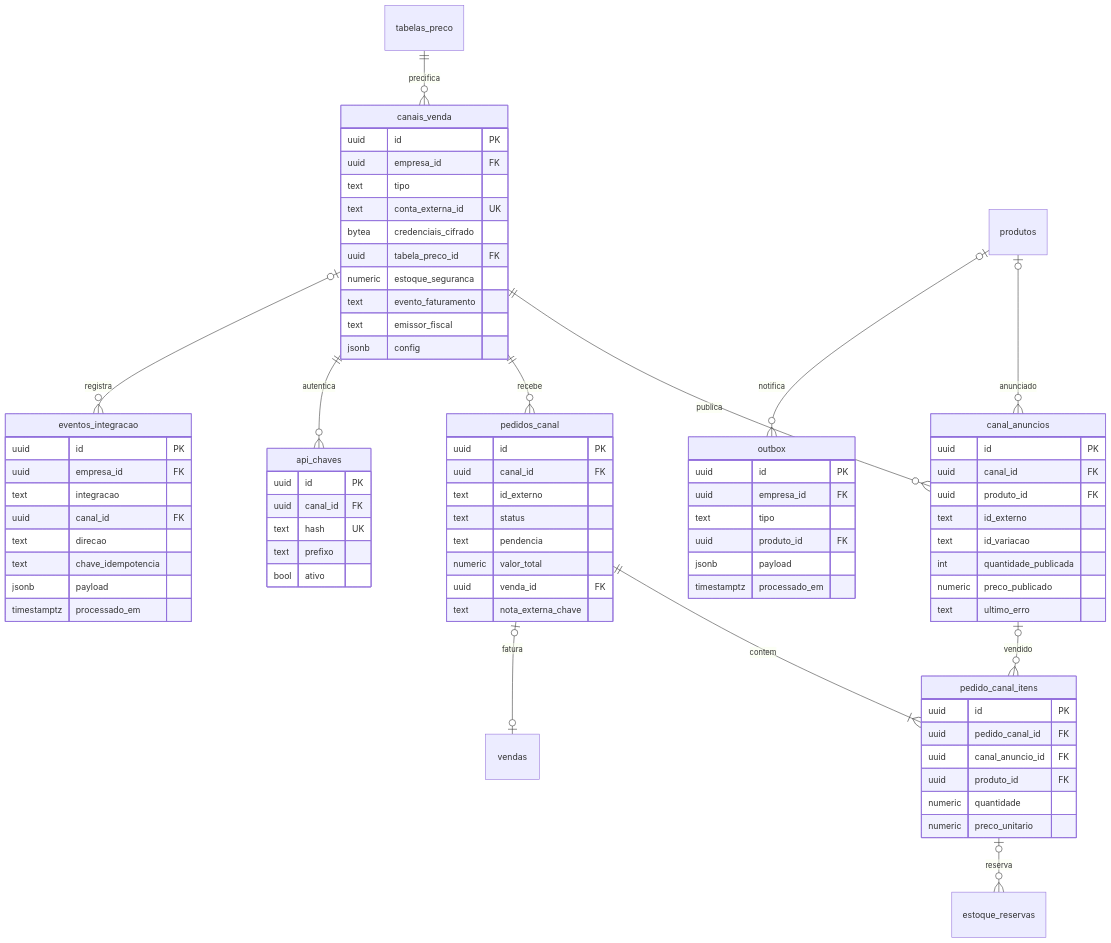
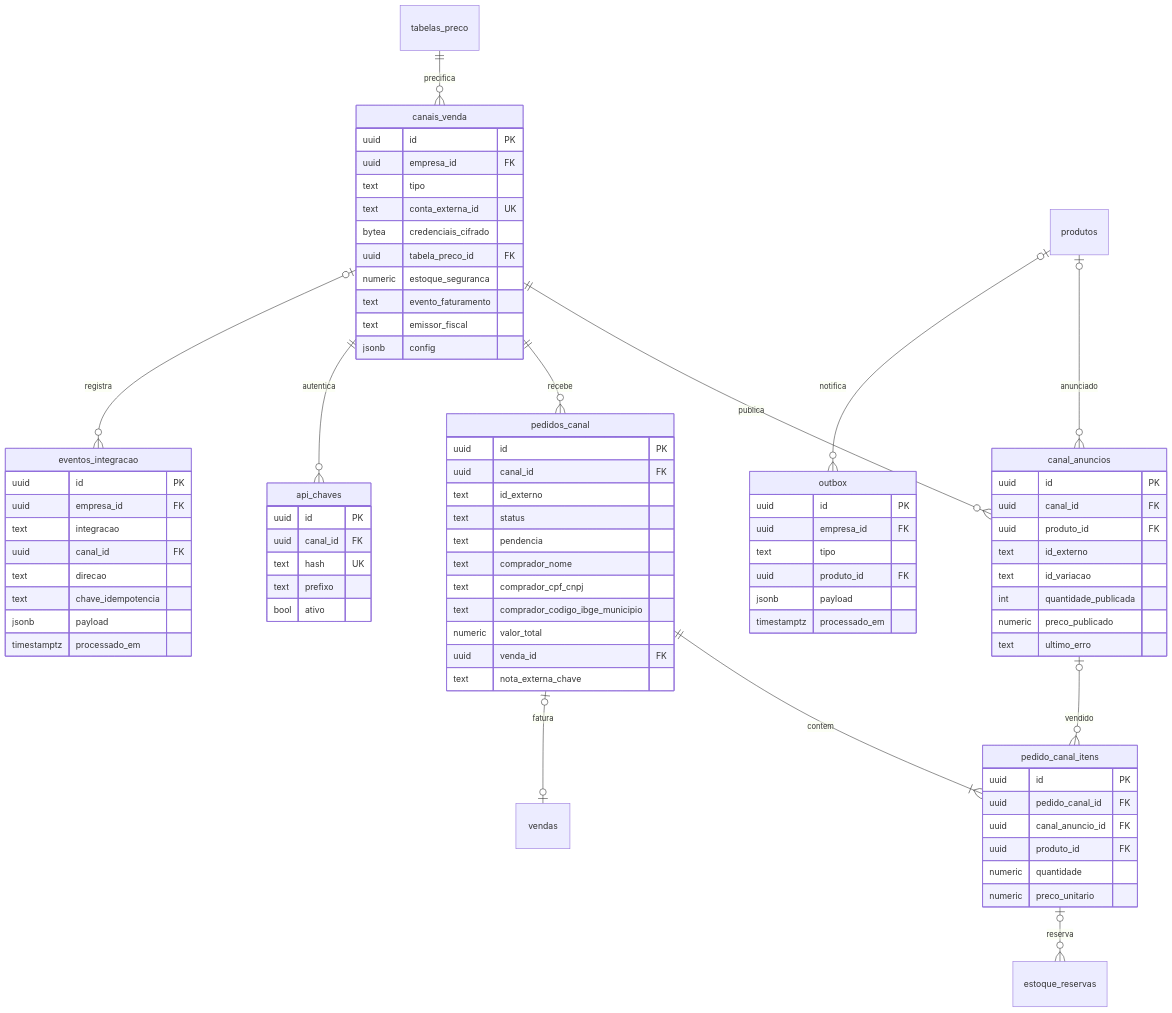
One commit to pcfmello/summer-motos changed the seventh of 10 diagrams in docs/modelo-dados.md. Above: the diagram before and after it, drawn with Mermaid. The commit also changed other lines of this file and 1 other file, not shown here.

````diff
--- a/docs/modelo-dados.md
+++ b/docs/modelo-dados.md
@@ -2032,79 +2185,82 @@
 ```mermaid
 erDiagram
   tabelas_preco ||--o{ canais_venda : precifica
   canais_venda ||--o{ canal_anuncios : publica
   produtos |o--o{ canal_anuncios : anunciado
   canais_venda ||--o{ pedidos_canal : recebe
   pedidos_canal ||--|{ pedido_canal_itens : contem
   canal_anuncios |o--o{ pedido_canal_itens : vendido
   pedidos_canal |o--o| vendas : fatura
   pedido_canal_itens |o--o{ estoque_reservas : reserva
   canais_venda ||--o{ api_chaves : autentica
   canais_venda |o--o{ eventos_integracao : registra
   produtos |o--o{ outbox : notifica
   canais_venda {
     uuid id PK
     uuid empresa_id FK
     text tipo
     text conta_externa_id UK
     bytea credenciais_cifrado
     uuid tabela_preco_id FK
     numeric estoque_seguranca
     text evento_faturamento
     text emissor_fiscal
     jsonb config
   }
   canal_anuncios {
     uuid id PK
     uuid canal_id FK
     uuid produto_id FK
     text id_externo
     text id_variacao
     int quantidade_publicada
     numeric preco_publicado
     text ultimo_erro
   }
   pedidos_canal {
     uuid id PK
     uuid canal_id FK
     text id_externo
     text status
     text pendencia
+    text comprador_nome
+    text comprador_cpf_cnpj
+    text comprador_codigo_ibge_municipio
     numeric valor_total
     uuid venda_id FK
     text nota_externa_chave
   }
   pedido_canal_itens {
     uuid id PK
     uuid pedido_canal_id FK
     uuid canal_anuncio_id FK
     uuid produto_id FK
     numeric quantidade
     numeric preco_unitario
   }
   eventos_integracao {
     uuid id PK
     uuid empresa_id FK
     text integracao
     uuid canal_id FK
     text direcao
     text chave_idempotencia
     jsonb payload
     timestamptz processado_em
   }
   api_chaves {
     uuid id PK
     uuid canal_id FK
     text hash UK
     text prefixo
     bool ativo
   }
   outbox {
     uuid id PK
     uuid empresa_id FK
     text tipo
     uuid produto_id FK
     jsonb payload
     timestamptz processado_em
   }
 ```
````
